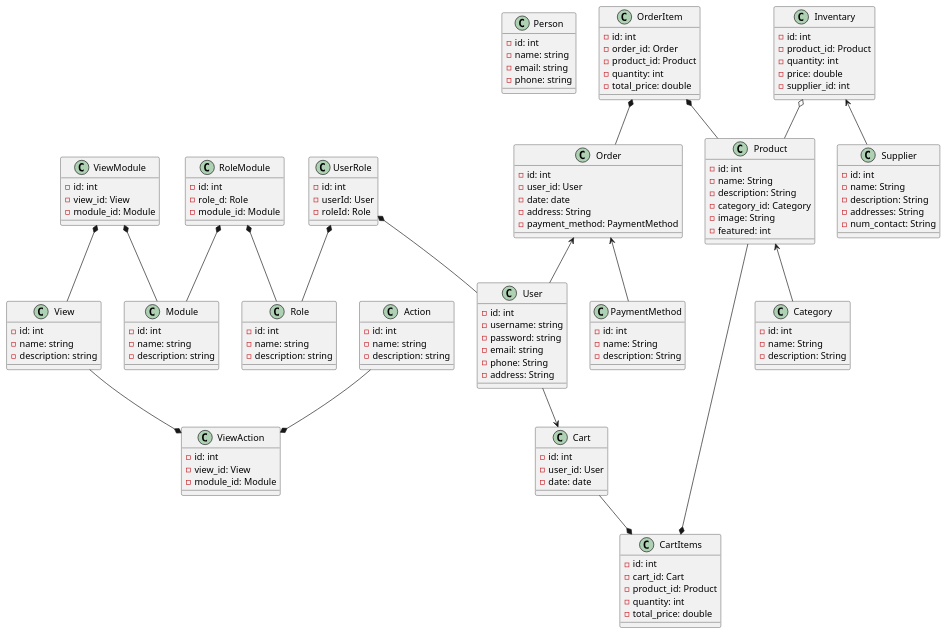
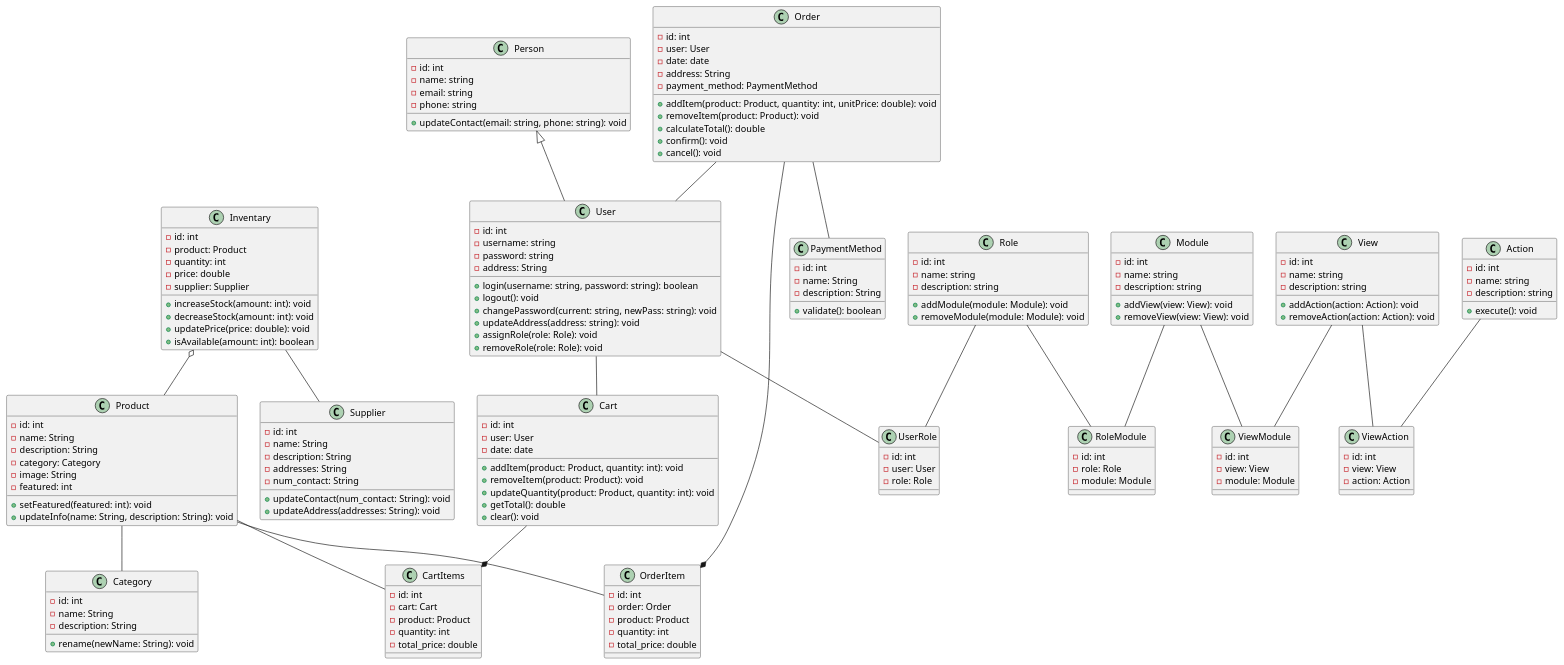
Before and after one commit to Juan-Chala-123/ADSO-3145556: the diagram in 03-week/02-activity/class-diagram/shopping-cart.wsd, drawn with PlantUML.

Commit message:
Metodos agregados a las clases

```diff
--- a/03-week/02-activity/class-diagram/shopping-cart.wsd
+++ b/03-week/02-activity/class-diagram/shopping-cart.wsd
@@ -1,154 +1,198 @@
 @startuml
+
 class Person {
     -id: int
     -name: string
     -email: string
     -phone: string
+    +updateContact(email: string, phone: string): void
 }
 
 class Role {
     -id: int
     -name: string
     -description: string
+    +addModule(module: Module): void
+    +removeModule(module: Module): void
 }
 
 class User {
     -id: int
     -username: string
     -password: string
-    -email: string
-    -phone: String
     -address: String
+    +login(username: string, password: string): boolean
+    +logout(): void
+    +changePassword(current: string, newPass: string): void
+    +updateAddress(address: string): void
+    +assignRole(role: Role): void
+    +removeRole(role: Role): void
 }
 
 class Cart {
     -id: int
-    -user_id: User
+    -user: User
     -date: date
+    +addItem(product: Product, quantity: int): void
+    +removeItem(product: Product): void
+    +updateQuantity(product: Product, quantity: int): void
+    +getTotal(): double
+    +clear(): void
 }
 
 class Product {
     -id: int
     -name: String
     -description: String
-    -category_id: Category
+    -category: Category
     -image: String
     -featured: int
+    +setFeatured(featured: int): void
+    +updateInfo(name: String, description: String): void
 }
 
 class Category {
     -id: int
     -name: String
     -description: String
+    +rename(newName: String): void
 }
 
 class Inventary {
     -id: int
-    -product_id: Product
+    -product: Product
     -quantity: int
     -price: double
-    -supplier_id: int
+    -supplier: Supplier
+    +increaseStock(amount: int): void
+    +decreaseStock(amount: int): void
+    +updatePrice(price: double): void
+    +isAvailable(amount: int): boolean
 }
 
 class Supplier {
     -id: int
     -name: String
     -description: String
     -addresses: String
     -num_contact: String
+    +updateContact(num_contact: String): void
+    +updateAddress(addresses: String): void
 }
 
 class PaymentMethod {
     -id: int
     -name: String
     -description: String
+    +validate(): boolean
 }
 
 class Order {
     -id: int
-    -user_id: User
+    -user: User
     -date: date
     -address: String
     -payment_method: PaymentMethod
+    +addItem(product: Product, quantity: int, unitPrice: double): void
+    +removeItem(product: Product): void
+    +calculateTotal(): double
+    +confirm(): void
+    +cancel(): void
 }
 
 ' Sistema de permisos
 class Module {
     -id: int
     -name: string
     -description: string
+    +addView(view: View): void
+    +removeView(view: View): void
 }
 
 class View {
     -id: int
     -name: string
     -description: string
+    +addAction(action: Action): void
+    +removeAction(action: Action): void
 }
 
 class Action {
     -id: int
     -name: string
     -description: string
+    +execute(): void
 }
 
-' Tablas intermedias
+' Tablas intermedias (SIN métodos link/unlink)
 class RoleModule {
     -id: int
-    -role_d: Role
-    -module_id: Module
+    -role: Role
+    -module: Module
 }
 
 class ViewModule {
     -id: int
-    -view_id: View
-    -module_id: Module
+    -view: View
+    -module: Module
 }
 
 class ViewAction {
     -id: int
-    -view_id: View
-    -module_id: Module
+    -view: View
+    -action: Action
 }
 
 class UserRole {
     -id: int
-    -userId: User
-    -roleId: Role
+    -user: User
+    -role: Role
 }
 
 class CartItems {
     -id: int
-    -cart_id: Cart
-    -product_id: Product
+    -cart: Cart
+    -product: Product
     -quantity: int
     -total_price: double
 }
 
 class OrderItem {
     -id: int
-    -order_id: Order
-    -product_id: Product
+    -order: Order
+    -product: Product
     -quantity: int
     -total_price: double
+    
 }
 
 ' Relaciones
-UserRole *-- User 
-UserRole *-- Role
-RoleModule *-- Role
-RoleModule *-- Module
+User -- UserRole
+Role -- UserRole
+
+Role -- RoleModule
+Module -- RoleModule
+
+View -- ViewModule
+Module -- ViewModule
+
+View -- ViewAction
+Action -- ViewAction
+
+User -- Cart
 Cart --* CartItems
-Product --* CartItems
-User --> Cart
-Product <-- Category
-ViewModule *-- View
-ViewModule *-- Module
+Product -- CartItems
+
+Product -- Category
+
 Inventary o-- Product
-Inventary <-- Supplier
-Order <-- User
-Order <-- PaymentMethod
-View --* ViewAction
-Action --* ViewAction
-OrderItem *-- Order
-OrderItem *-- Product
+Inventary -- Supplier
+
+Order -- User
+Order -- PaymentMethod
+Order --* OrderItem
+Product -- OrderItem
+
+Person <|-- User
+
 @enduml
```
